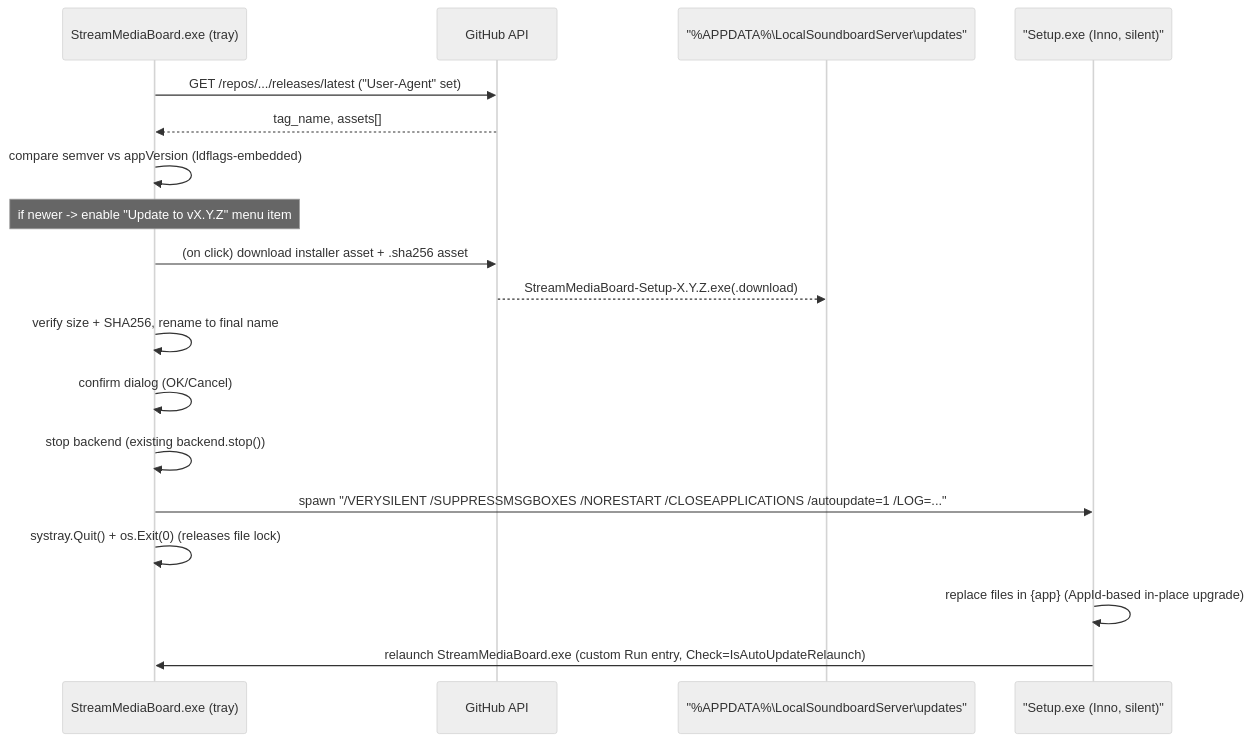
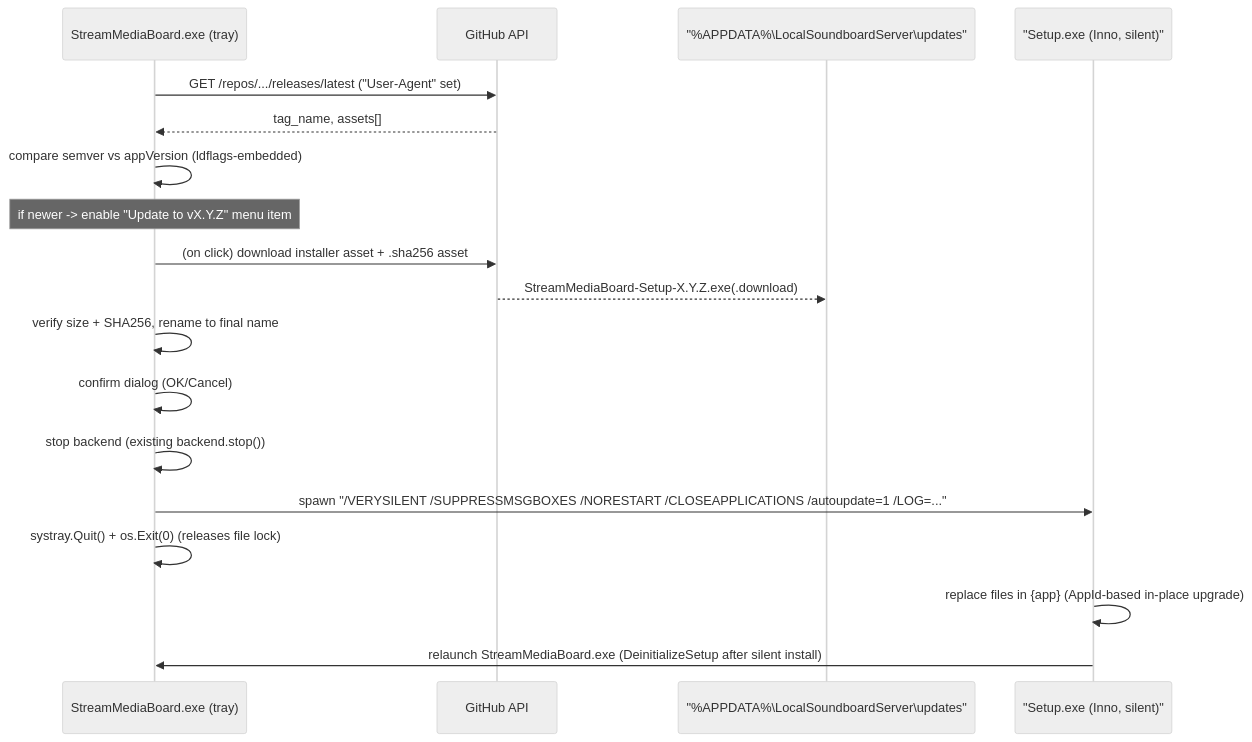
One commit to mmartinewski/stream-media-board changed the diagram in docs/auto-update.md. Above: the diagram before and after it, drawn with Mermaid (neutral theme). The commit also changed other lines of this file and 3 other files, not shown here.

Commit message:
Relaunch app after silent install and retry mutex on startup.

````diff
--- a/docs/auto-update.md
+++ b/docs/auto-update.md
@@ -42,21 +42,21 @@
 ```mermaid
 sequenceDiagram
     participant Tray as StreamMediaBoard.exe (tray)
     participant GH as GitHub API
     participant FS as "%APPDATA%\LocalSoundboardServer\updates"
     participant Setup as "Setup.exe (Inno, silent)"
 
     Tray->>GH: GET /repos/.../releases/latest ("User-Agent" set)
     GH-->>Tray: tag_name, assets[]
     Tray->>Tray: compare semver vs appVersion (ldflags-embedded)
     Note over Tray: if newer -> enable "Update to vX.Y.Z" menu item
     Tray->>GH: (on click) download installer asset + .sha256 asset
     GH-->>FS: StreamMediaBoard-Setup-X.Y.Z.exe(.download)
     Tray->>Tray: verify size + SHA256, rename to final name
     Tray->>Tray: confirm dialog (OK/Cancel)
     Tray->>Tray: stop backend (existing backend.stop())
     Tray->>Setup: spawn "/VERYSILENT /SUPPRESSMSGBOXES /NORESTART /CLOSEAPPLICATIONS /autoupdate=1 /LOG=..."
     Tray->>Tray: systray.Quit() + os.Exit(0) (releases file lock)
     Setup->>Setup: replace files in {app} (AppId-based in-place upgrade)
-    Setup->>Tray: relaunch StreamMediaBoard.exe (custom Run entry, Check=IsAutoUpdateRelaunch)
+    Setup->>Tray: relaunch StreamMediaBoard.exe (DeinitializeSetup after silent install)
 ```
````
